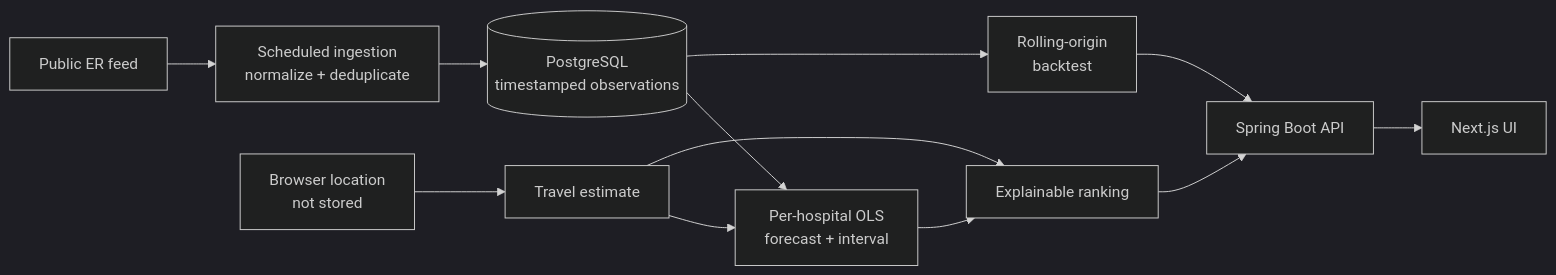
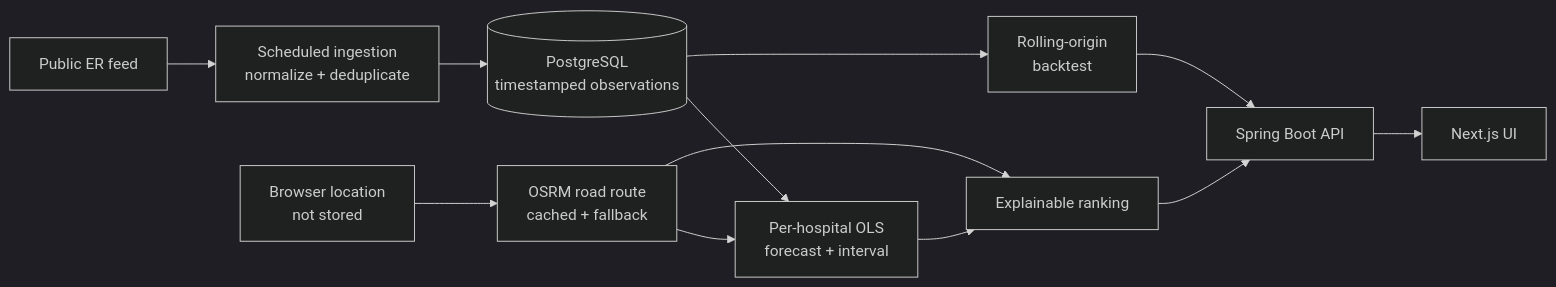
One commit to Tomiwa-Adewumi/CareRoute changed the diagram in README.md. Above: the diagram before and after it, drawn with Mermaid (dark theme). The commit also changed other lines of this file and 28 other files, not shown here.

````diff
--- a/README.md
+++ b/README.md
@@ -67,14 +67,14 @@
 ```mermaid
 flowchart LR
   Feed[Public ER feed] --> Ingest[Scheduled ingestion<br/>normalize + deduplicate]
   Ingest --> DB[(PostgreSQL<br/>timestamped observations)]
   DB --> Forecast[Per-hospital OLS<br/>forecast + interval]
   DB --> Eval[Rolling-origin<br/>backtest]
-  Location[Browser location<br/>not stored] --> Travel[Travel estimate]
+  Location[Browser location<br/>not stored] --> Travel[OSRM road route<br/>cached + fallback]
   Travel --> Forecast
   Forecast --> Rank[Explainable ranking]
   Travel --> Rank
   Rank --> API[Spring Boot API]
   Eval --> API
   API --> UI[Next.js UI]
 ```
````
